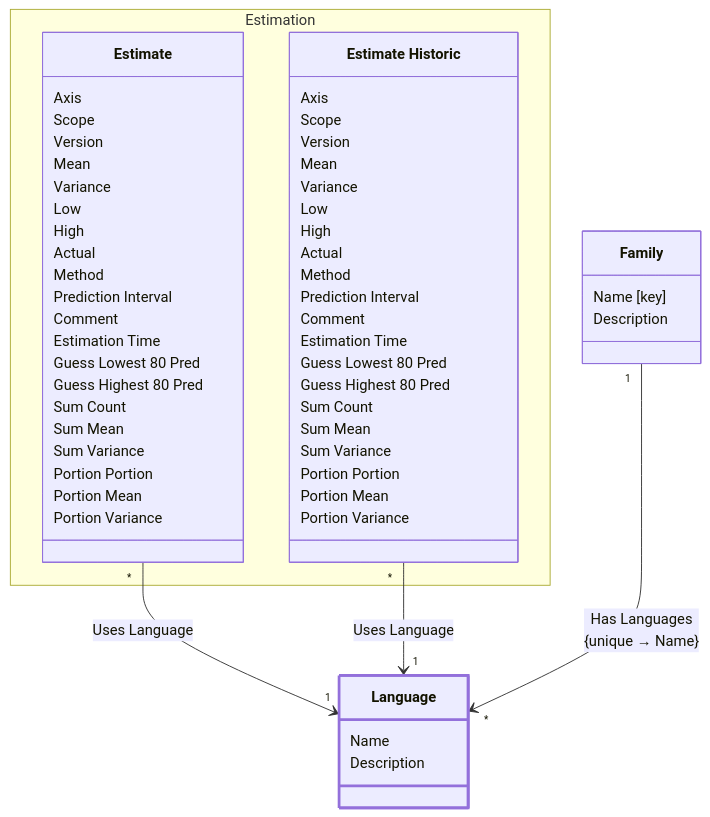
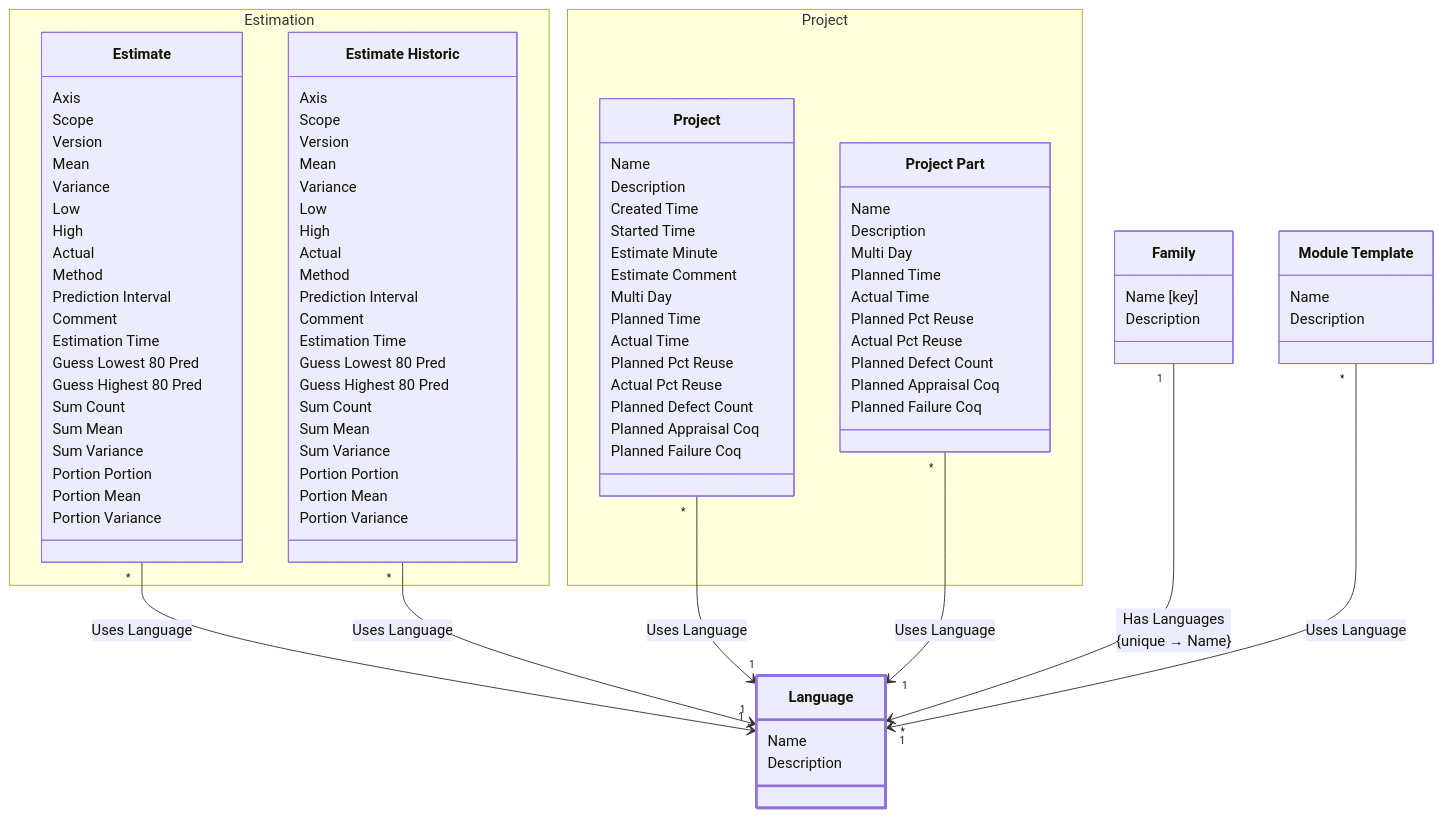
Before and after one commit to glemzurg/glemzurg: the diagram in examples/requirements/req/output/development-process/class-domain.process.subdomain.definition.class.language.md, drawn with Mermaid. The commit also changed other lines of this file and 79 other files, not shown here.

````diff
--- a/examples/requirements/req/output/development-process/class-domain.process.subdomain.definition.class.language.md
+++ b/examples/requirements/req/output/development-process/class-domain.process.subdomain.definition.class.language.md
@@ -33,6 +33,10 @@
         Description
     }
 class class_domain_process_subdomain_definition_class_language["Language"] {
+        Name
+        Description
+    }
+class class_domain_process_subdomain_definition_class_module_template["Module Template"] {
         Name
         Description
     }
@@ -82,9 +86,42 @@
             Portion Variance
         }
 }
+namespace Project {
+class class_domain_process_subdomain_project_class_project["Project"] {
+            Name
+            Description
+            Created Time
+            Started Time
+            Estimate Minute
+            Estimate Comment
+            Multi Day
+            Planned Time
+            Actual Time
+            Planned Pct Reuse
+            Actual Pct Reuse
+            Planned Defect Count
+            Planned Appraisal Coq
+            Planned Failure Coq
+        }
+class class_domain_process_subdomain_project_class_project_part["Project Part"] {
+            Name
+            Description
+            Multi Day
+            Planned Time
+            Actual Time
+            Planned Pct Reuse
+            Actual Pct Reuse
+            Planned Defect Count
+            Planned Appraisal Coq
+            Planned Failure Coq
+        }
+}
 style class_domain_process_subdomain_definition_class_language stroke:#9370DB,stroke-width:3px
 class_domain_process_subdomain_estimation_class_estimate "*" --> "1" class_domain_process_subdomain_definition_class_language : Uses Language
 class_domain_process_subdomain_estimation_class_estimate_historic "*" --> "1" class_domain_process_subdomain_definition_class_language : Uses Language
+class_domain_process_subdomain_project_class_project "*" --> "1" class_domain_process_subdomain_definition_class_language : Uses Language
+class_domain_process_subdomain_project_class_project_part "*" --> "1" class_domain_process_subdomain_definition_class_language : Uses Language
 class_domain_process_subdomain_definition_class_family "1" --> "*" class_domain_process_subdomain_definition_class_language : Has Languages<br/>{unique → Name}
+class_domain_process_subdomain_definition_class_module_template "*" --> "1" class_domain_process_subdomain_definition_class_language : Uses Language
 
 ```
````
